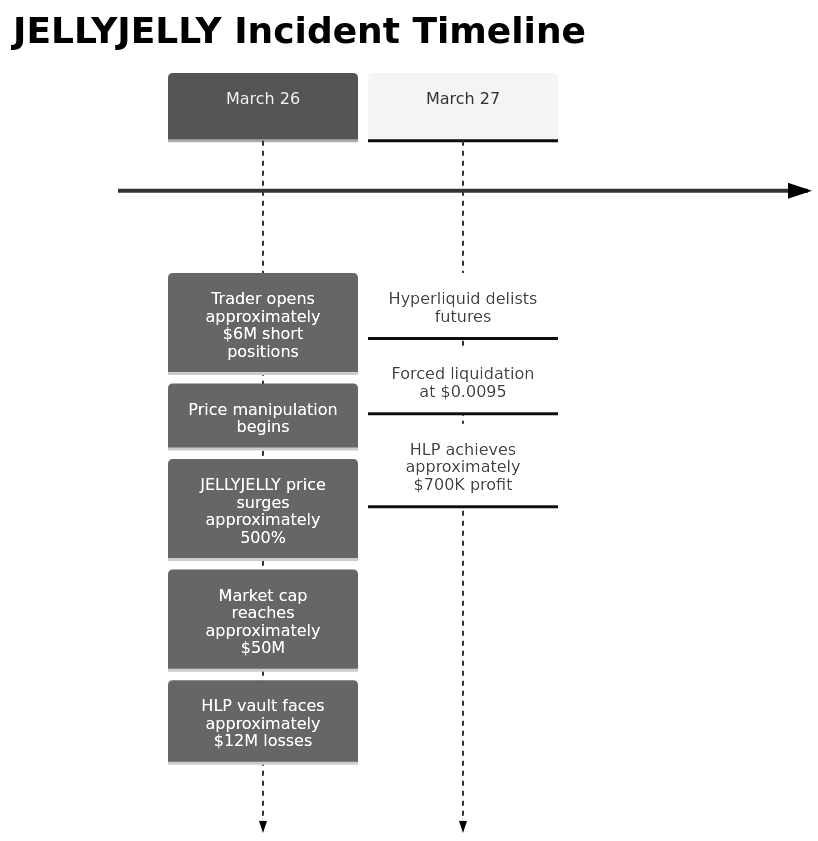
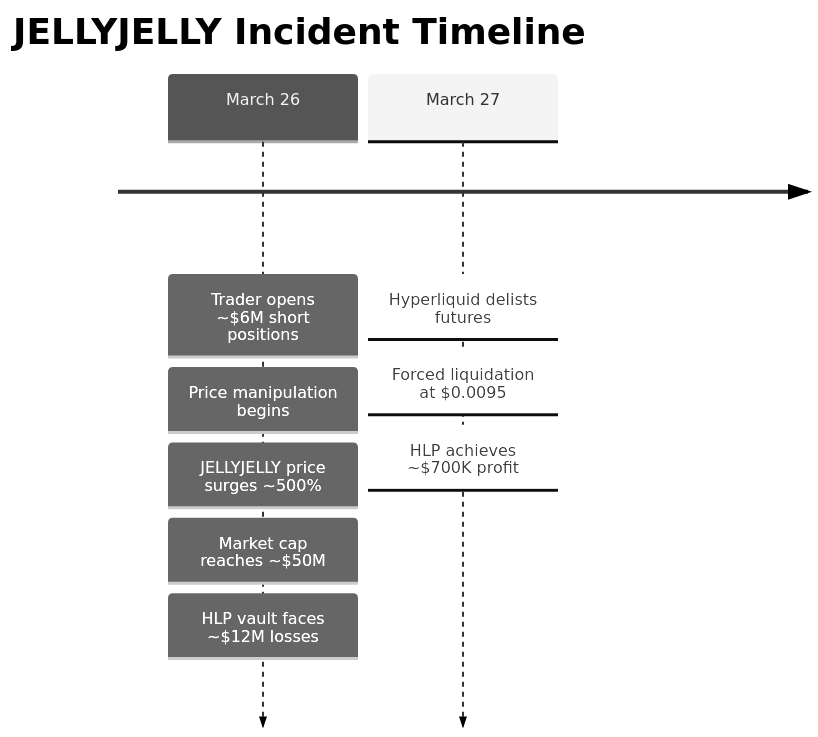
The diagram in _posts/2025-03-27-hype-jelly.md (chanchann/blog), drawn with Mermaid (neutral theme) before and after one commit. The commit also changed other lines of this file, not shown here.

````diff
--- a/_posts/2025-03-27-hype-jelly.md
+++ b/_posts/2025-03-27-hype-jelly.md
@@ -53,12 +53,12 @@
 ```mermaid
 timeline
     title JELLYJELLY Incident Timeline
-    March 26 : Trader opens approximately $6M short positions
+    March 26 : Trader opens ~$6M short positions
     : Price manipulation begins
-    : JELLYJELLY price surges approximately 500%
-    : Market cap reaches approximately $50M
-    : HLP vault faces approximately $12M losses
+    : JELLYJELLY price surges ~500%
+    : Market cap reaches ~$50M
+    : HLP vault faces ~$12M losses
     March 27 : Hyperliquid delists futures
     : Forced liquidation at $0.0095
-    : HLP achieves approximately $700K profit
+    : HLP achieves ~$700K profit
 ```
````
